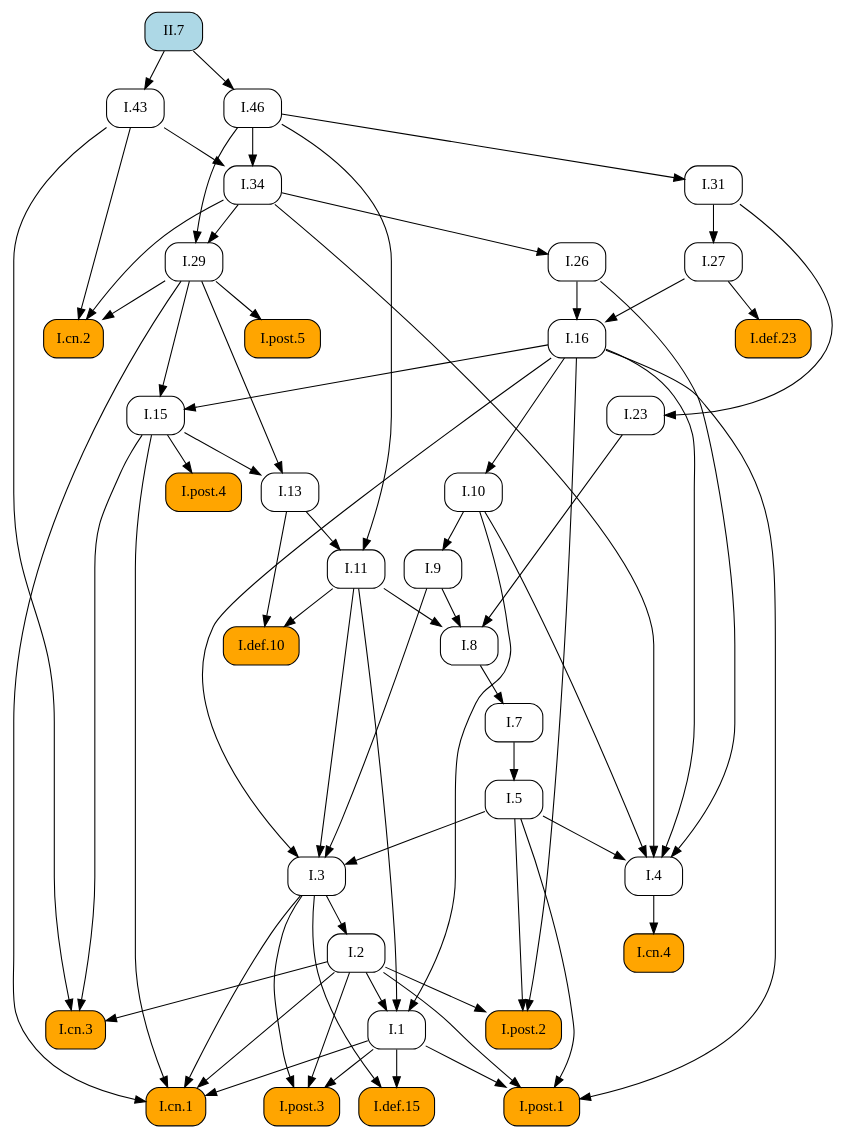
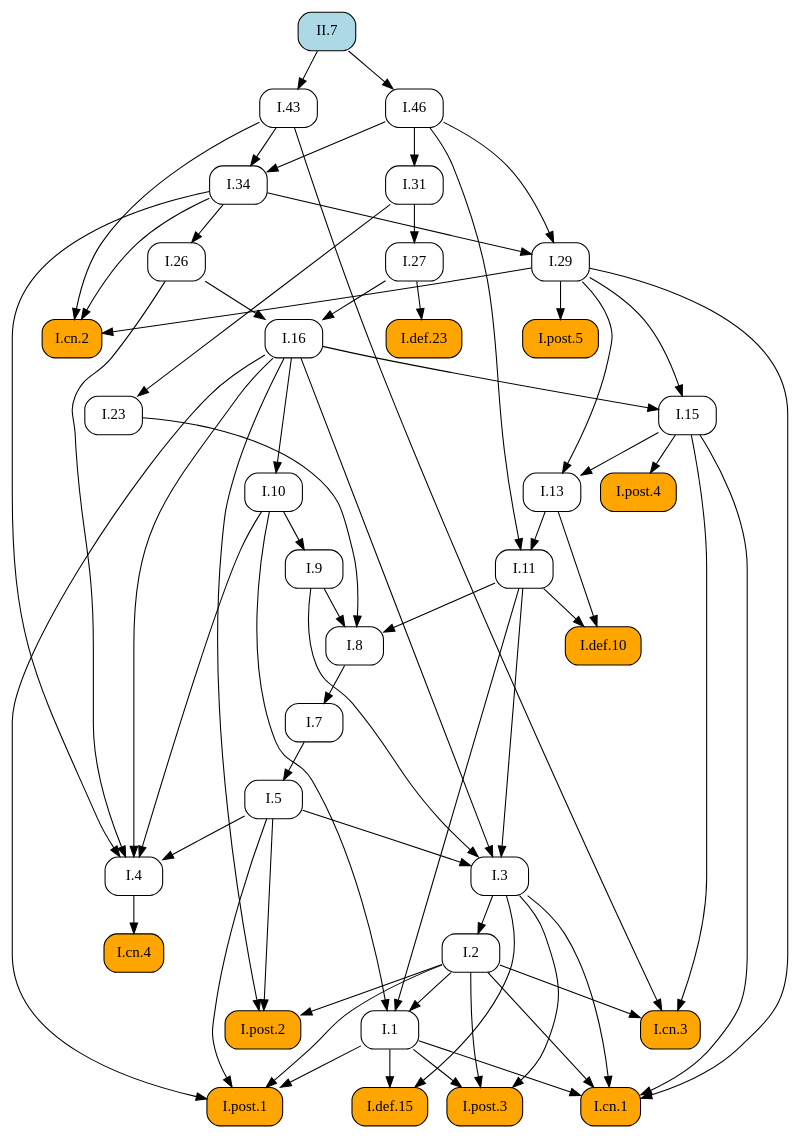
Before and after one commit to geometor/elements: the diagram in docsrc/heath/II/7/index.rst, drawn with Graphviz. The commit also changed other lines of this file and 1029 other files, not shown here.

```diff
--- a/docsrc/heath/II/7/index.rst
+++ b/docsrc/heath/II/7/index.rst
@@ -59,105 +59,105 @@
    digraph {
      rankdir="TB";
      node [shape=box, style=rounded];
+     "I.def.10" [style="rounded,filled", fillcolor=orange, URL="/heath/I/def.10/", target="_top"];
+     "I.11" [URL="/heath/I/11/", target="_top"];
+     "I.post.4" [style="rounded,filled", fillcolor=orange, URL="/heath/I/post.4/", target="_top"];
+     "I.1" [URL="/heath/I/1/", target="_top"];
+     "I.26" [URL="/heath/I/26/", target="_top"];
+     "I.29" [URL="/heath/I/29/", target="_top"];
+     "I.cn.2" [style="rounded,filled", fillcolor=orange, URL="/heath/I/cn.2/", target="_top"];
+     "I.def.15" [style="rounded,filled", fillcolor=orange, URL="/heath/I/def.15/", target="_top"];
+     "I.post.3" [style="rounded,filled", fillcolor=orange, URL="/heath/I/post.3/", target="_top"];
+     "I.cn.1" [style="rounded,filled", fillcolor=orange, URL="/heath/I/cn.1/", target="_top"];
      "I.cn.3" [style="rounded,filled", fillcolor=orange, URL="/heath/I/cn.3/", target="_top"];
-     "I.29" [URL="/heath/I/29/", target="_top"];
+     "I.23" [URL="/heath/I/23/", target="_top"];
+     "I.43" [URL="/heath/I/43/", target="_top"];
+     "I.post.1" [style="rounded,filled", fillcolor=orange, URL="/heath/I/post.1/", target="_top"];
+     "I.27" [URL="/heath/I/27/", target="_top"];
+     "I.46" [URL="/heath/I/46/", target="_top"];
      "I.7" [URL="/heath/I/7/", target="_top"];
-     "I.27" [URL="/heath/I/27/", target="_top"];
+     "I.34" [URL="/heath/I/34/", target="_top"];
+     "I.3" [URL="/heath/I/3/", target="_top"];
+     "I.2" [URL="/heath/I/2/", target="_top"];
+     "I.4" [URL="/heath/I/4/", target="_top"];
      "I.def.23" [style="rounded,filled", fillcolor=orange, URL="/heath/I/def.23/", target="_top"];
-     "I.34" [URL="/heath/I/34/", target="_top"];
-     "I.8" [URL="/heath/I/8/", target="_top"];
-     "I.9" [URL="/heath/I/9/", target="_top"];
-     "I.post.4" [style="rounded,filled", fillcolor=orange, URL="/heath/I/post.4/", target="_top"];
-     "I.2" [URL="/heath/I/2/", target="_top"];
-     "I.def.15" [style="rounded,filled", fillcolor=orange, URL="/heath/I/def.15/", target="_top"];
-     "I.1" [URL="/heath/I/1/", target="_top"];
-     "I.post.1" [style="rounded,filled", fillcolor=orange, URL="/heath/I/post.1/", target="_top"];
-     "I.cn.4" [style="rounded,filled", fillcolor=orange, URL="/heath/I/cn.4/", target="_top"];
-     "I.26" [URL="/heath/I/26/", target="_top"];
-     "I.23" [URL="/heath/I/23/", target="_top"];
      "I.13" [URL="/heath/I/13/", target="_top"];
      "II.7" [style="rounded,filled", fillcolor=lightblue, URL="/heath/II/7/", target="_top"];
-     "I.cn.2" [style="rounded,filled", fillcolor=orange, URL="/heath/I/cn.2/", target="_top"];
+     "I.31" [URL="/heath/I/31/", target="_top"];
+     "I.post.2" [style="rounded,filled", fillcolor=orange, URL="/heath/I/post.2/", target="_top"];
+     "I.16" [URL="/heath/I/16/", target="_top"];
+     "I.9" [URL="/heath/I/9/", target="_top"];
+     "I.8" [URL="/heath/I/8/", target="_top"];
+     "I.cn.4" [style="rounded,filled", fillcolor=orange, URL="/heath/I/cn.4/", target="_top"];
+     "I.15" [URL="/heath/I/15/", target="_top"];
+     "I.post.5" [style="rounded,filled", fillcolor=orange, URL="/heath/I/post.5/", target="_top"];
+     "I.10" [URL="/heath/I/10/", target="_top"];
      "I.5" [URL="/heath/I/5/", target="_top"];
-     "I.11" [URL="/heath/I/11/", target="_top"];
-     "I.10" [URL="/heath/I/10/", target="_top"];
-     "I.4" [URL="/heath/I/4/", target="_top"];
-     "I.3" [URL="/heath/I/3/", target="_top"];
-     "I.16" [URL="/heath/I/16/", target="_top"];
-     "I.31" [URL="/heath/I/31/", target="_top"];
-     "I.43" [URL="/heath/I/43/", target="_top"];
-     "I.def.10" [style="rounded,filled", fillcolor=orange, URL="/heath/I/def.10/", target="_top"];
-     "I.46" [URL="/heath/I/46/", target="_top"];
-     "I.post.2" [style="rounded,filled", fillcolor=orange, URL="/heath/I/post.2/", target="_top"];
-     "I.post.3" [style="rounded,filled", fillcolor=orange, URL="/heath/I/post.3/", target="_top"];
-     "I.post.5" [style="rounded,filled", fillcolor=orange, URL="/heath/I/post.5/", target="_top"];
-     "I.15" [URL="/heath/I/15/", target="_top"];
-     "I.cn.1" [style="rounded,filled", fillcolor=orange, URL="/heath/I/cn.1/", target="_top"];
+     "I.11" -> "I.def.10";
+     "I.13" -> "I.def.10";
+     "I.13" -> "I.11";
+     "I.46" -> "I.11";
+     "I.15" -> "I.post.4";
+     "I.2" -> "I.1";
+     "I.10" -> "I.1";
+     "I.11" -> "I.1";
+     "I.34" -> "I.26";
+     "I.34" -> "I.29";
+     "I.46" -> "I.29";
+     "I.29" -> "I.cn.2";
+     "I.34" -> "I.cn.2";
+     "I.43" -> "I.cn.2";
+     "I.1" -> "I.def.15";
+     "I.3" -> "I.def.15";
+     "I.1" -> "I.post.3";
+     "I.2" -> "I.post.3";
+     "I.3" -> "I.post.3";
+     "I.1" -> "I.cn.1";
+     "I.2" -> "I.cn.1";
+     "I.3" -> "I.cn.1";
+     "I.15" -> "I.cn.1";
+     "I.29" -> "I.cn.1";
      "I.2" -> "I.cn.3";
      "I.15" -> "I.cn.3";
      "I.43" -> "I.cn.3";
-     "I.34" -> "I.29";
-     "I.46" -> "I.29";
-     "I.8" -> "I.7";
-     "I.31" -> "I.27";
-     "I.27" -> "I.def.23";
-     "I.43" -> "I.34";
-     "I.46" -> "I.34";
-     "I.9" -> "I.8";
-     "I.11" -> "I.8";
-     "I.23" -> "I.8";
-     "I.10" -> "I.9";
-     "I.15" -> "I.post.4";
-     "I.3" -> "I.2";
-     "I.1" -> "I.def.15";
-     "I.3" -> "I.def.15";
-     "I.2" -> "I.1";
-     "I.10" -> "I.1";
-     "I.11" -> "I.1";
+     "I.31" -> "I.23";
+     "II.7" -> "I.43";
      "I.1" -> "I.post.1";
      "I.2" -> "I.post.1";
      "I.5" -> "I.post.1";
      "I.16" -> "I.post.1";
-     "I.4" -> "I.cn.4";
-     "I.34" -> "I.26";
-     "I.31" -> "I.23";
-     "I.15" -> "I.13";
-     "I.29" -> "I.13";
-     "I.29" -> "I.cn.2";
-     "I.34" -> "I.cn.2";
-     "I.43" -> "I.cn.2";
-     "I.7" -> "I.5";
-     "I.13" -> "I.11";
-     "I.46" -> "I.11";
-     "I.16" -> "I.10";
+     "I.31" -> "I.27";
+     "II.7" -> "I.46";
+     "I.8" -> "I.7";
+     "I.43" -> "I.34";
+     "I.46" -> "I.34";
+     "I.5" -> "I.3";
+     "I.9" -> "I.3";
+     "I.11" -> "I.3";
+     "I.16" -> "I.3";
+     "I.3" -> "I.2";
      "I.5" -> "I.4";
      "I.10" -> "I.4";
      "I.16" -> "I.4";
      "I.26" -> "I.4";
      "I.34" -> "I.4";
-     "I.5" -> "I.3";
-     "I.9" -> "I.3";
-     "I.11" -> "I.3";
-     "I.16" -> "I.3";
-     "I.26" -> "I.16";
-     "I.27" -> "I.16";
+     "I.27" -> "I.def.23";
+     "I.15" -> "I.13";
+     "I.29" -> "I.13";
      "I.46" -> "I.31";
-     "II.7" -> "I.43";
-     "I.11" -> "I.def.10";
-     "I.13" -> "I.def.10";
-     "II.7" -> "I.46";
      "I.2" -> "I.post.2";
      "I.5" -> "I.post.2";
      "I.16" -> "I.post.2";
-     "I.1" -> "I.post.3";
-     "I.2" -> "I.post.3";
-     "I.3" -> "I.post.3";
-     "I.29" -> "I.post.5";
+     "I.26" -> "I.16";
+     "I.27" -> "I.16";
+     "I.10" -> "I.9";
+     "I.9" -> "I.8";
+     "I.11" -> "I.8";
+     "I.23" -> "I.8";
+     "I.4" -> "I.cn.4";
      "I.16" -> "I.15";
      "I.29" -> "I.15";
-     "I.1" -> "I.cn.1";
-     "I.2" -> "I.cn.1";
-     "I.3" -> "I.cn.1";
-     "I.15" -> "I.cn.1";
-     "I.29" -> "I.cn.1";
+     "I.29" -> "I.post.5";
+     "I.16" -> "I.10";
+     "I.7" -> "I.5";
    }
```
